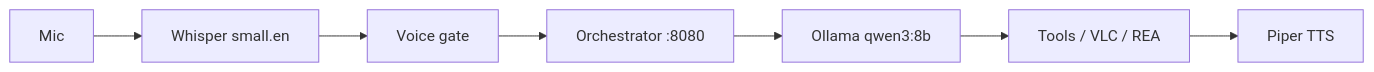
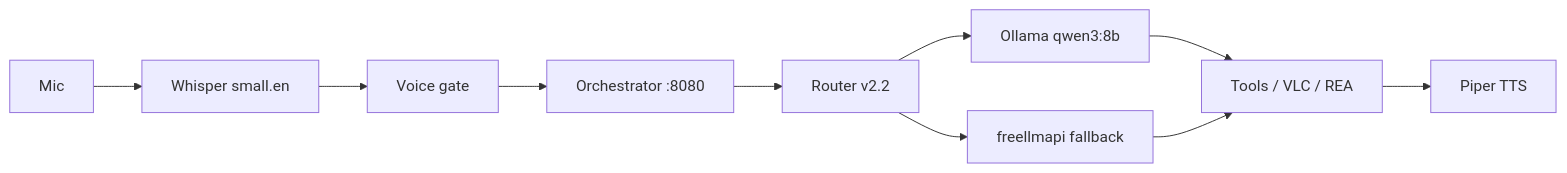
Before and after one commit to basementjarvisunleashed-a11y/jarvis-estate: the second of 2 diagrams in README.md, drawn with Mermaid. The commit also changed other lines of this file and 5 other files, not shown here.

````diff
--- a/README.md
+++ b/README.md
@@ -58,9 +64,12 @@
 ```mermaid
 flowchart LR
     mic[Mic] --> whisper[Whisper small.en]
     whisper --> gate[Voice gate]
     gate --> orch["Orchestrator :8080"]
-    orch --> ollama["Ollama qwen3:8b"]
+    orch --> router["Router v2.2"]
+    router --> ollama["Ollama qwen3:8b"]
+    router --> free["freellmapi fallback"]
     ollama --> tools["Tools / VLC / REA"]
+    free --> tools
     tools --> piper[Piper TTS]
 ```
````
